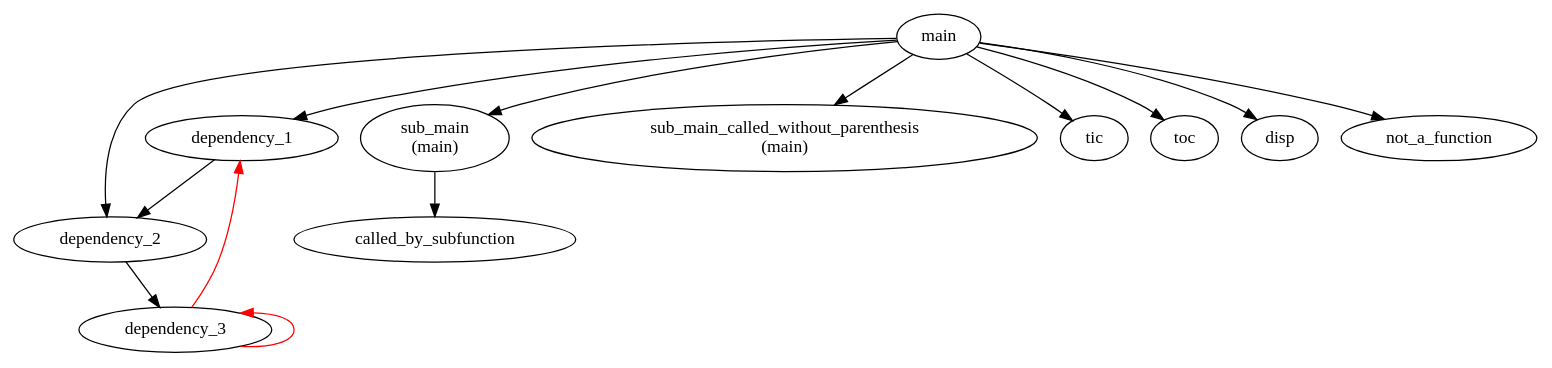
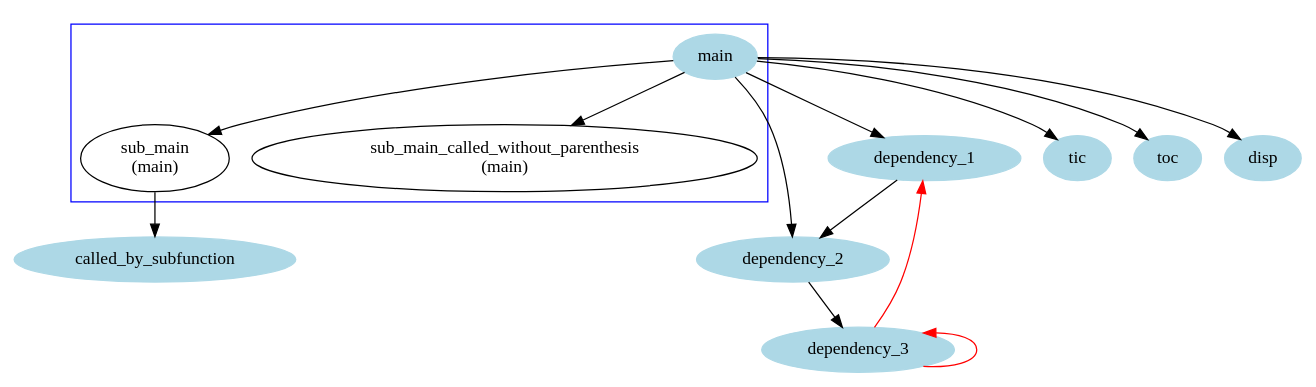
Before and after one commit to KaeroDot/mDepGen: the diagram in readme_figures/readme_fig4.dot, drawn with Graphviz. The commit also changed 23 other files, not shown here.

```diff
--- a/readme_figures/readme_fig4.dot
+++ b/readme_figures/readme_fig4.dot
@@ -1,17 +1,34 @@
 /* Generated by mDepGen */
 digraph dep {
 node [shape = oval];
+/* start of shape definitions */
+"main" [color=lightblue, style=filled];
+"dependency_1" [color=lightblue, style=filled];
+"dependency_2" [color=lightblue, style=filled];
+"dependency_3" [color=lightblue, style=filled];
+"called_by_subfunction" [color=lightblue, style=filled];
+"tic" [color=lightblue, style=filled];
+"toc" [color=lightblue, style=filled];
+"disp" [color=lightblue, style=filled];
+/* end of shape definitions */
+/* start of subgraph definitions */
+subgraph cluster005 {
+color=blue;
+    "main";
+    "sub_main\n (main)";
+    "sub_main_called_without_parenthesis\n (main)";
+}
+/* end of subgraph definitions */
 "main" -> "dependency_1" ;
 "dependency_1" -> "dependency_2" ;
 "dependency_2" -> "dependency_3" ;
 "dependency_3" -> "dependency_1"  [color=red];
 "dependency_3" -> "dependency_3"  [color=red dir=back];
 "main" -> "dependency_2" ;
 "main" -> "sub_main\n (main)" ;
 "sub_main\n (main)" -> "called_by_subfunction" ;
 "main" -> "sub_main_called_without_parenthesis\n (main)" ;
 "main" -> "tic" ;
 "main" -> "toc" ;
 "main" -> "disp" ;
-"main" -> "not_a_function" ;
 }
```
